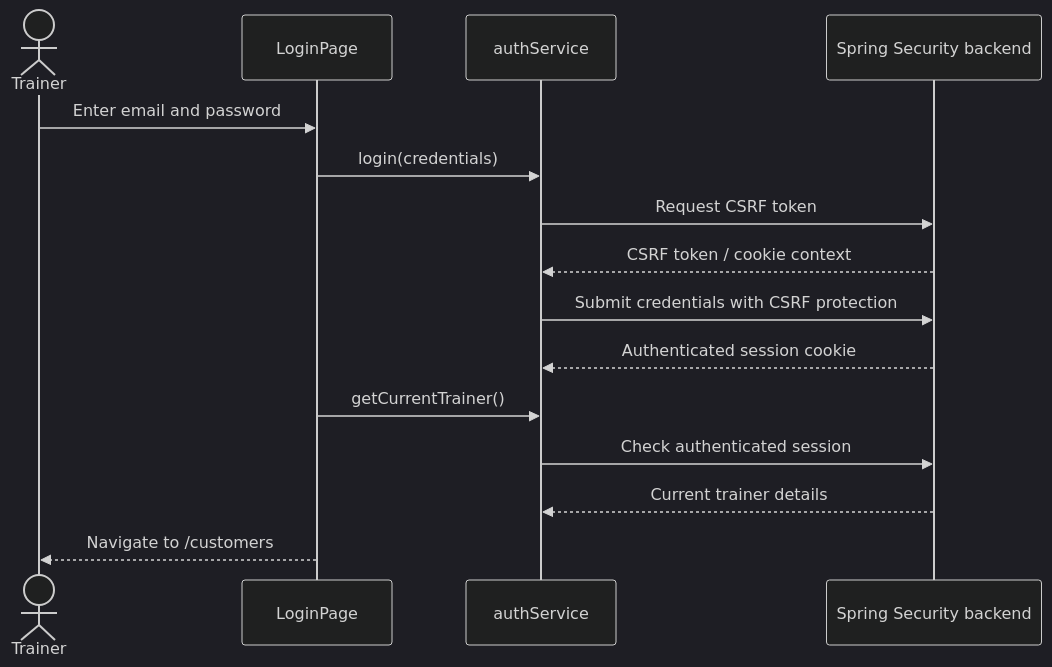
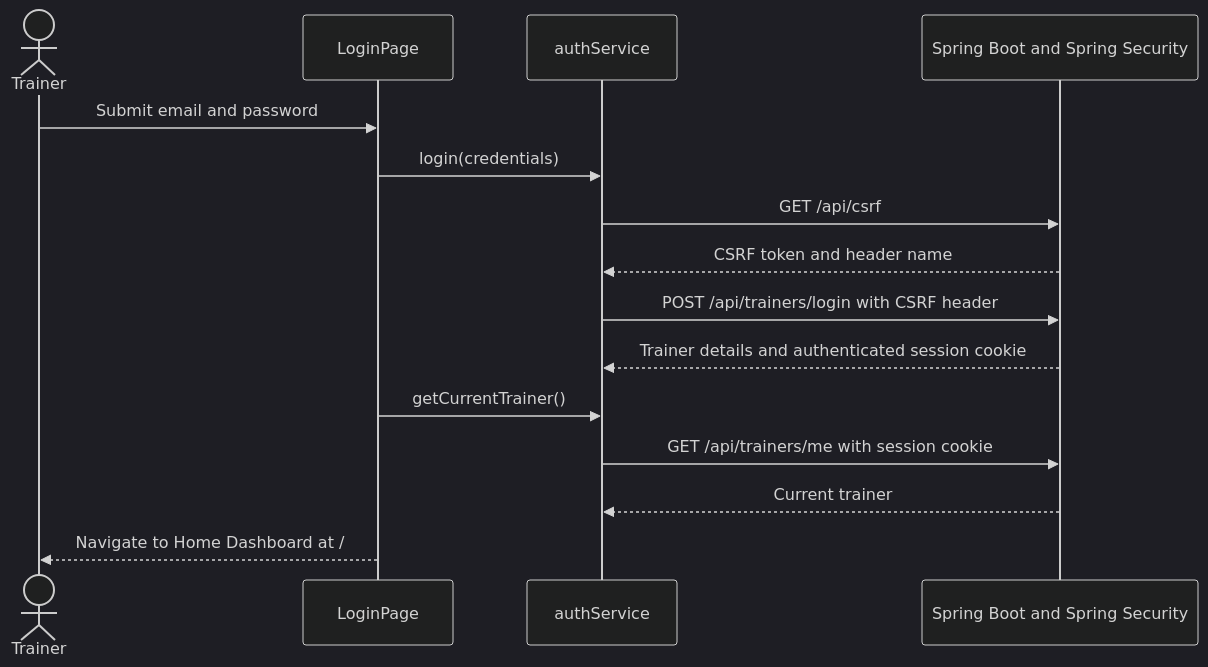
One commit to Samir-BK/Personal-Trainer changed the fourth of 4 diagrams in frontend/README.md. Above: the diagram before and after it, drawn with Mermaid (dark theme). The commit also changed other lines of this file, not shown here.

````diff
--- a/frontend/README.md
+++ b/frontend/README.md
@@ -270,18 +290,17 @@
 ```mermaid
 sequenceDiagram
     actor Trainer
     participant Login as LoginPage
     participant Auth as authService
-    participant API as Spring Security backend
-
-    Trainer->>Login: Enter email and password
+    participant API as Spring Boot and Spring Security
+    Trainer->>Login: Submit email and password
     Login->>Auth: login(credentials)
-    Auth->>API: Request CSRF token
-    API-->>Auth: CSRF token / cookie context
-    Auth->>API: Submit credentials with CSRF protection
-    API-->>Auth: Authenticated session cookie
+    Auth->>API: GET /api/csrf
+    API-->>Auth: CSRF token and header name
+    Auth->>API: POST /api/trainers/login with CSRF header
+    API-->>Auth: Trainer details and authenticated session cookie
     Login->>Auth: getCurrentTrainer()
-    Auth->>API: Check authenticated session
-    API-->>Auth: Current trainer details
-    Login-->>Trainer: Navigate to /customers
+    Auth->>API: GET /api/trainers/me with session cookie
+    API-->>Auth: Current trainer
+    Login-->>Trainer: Navigate to Home Dashboard at /
 ```
````
